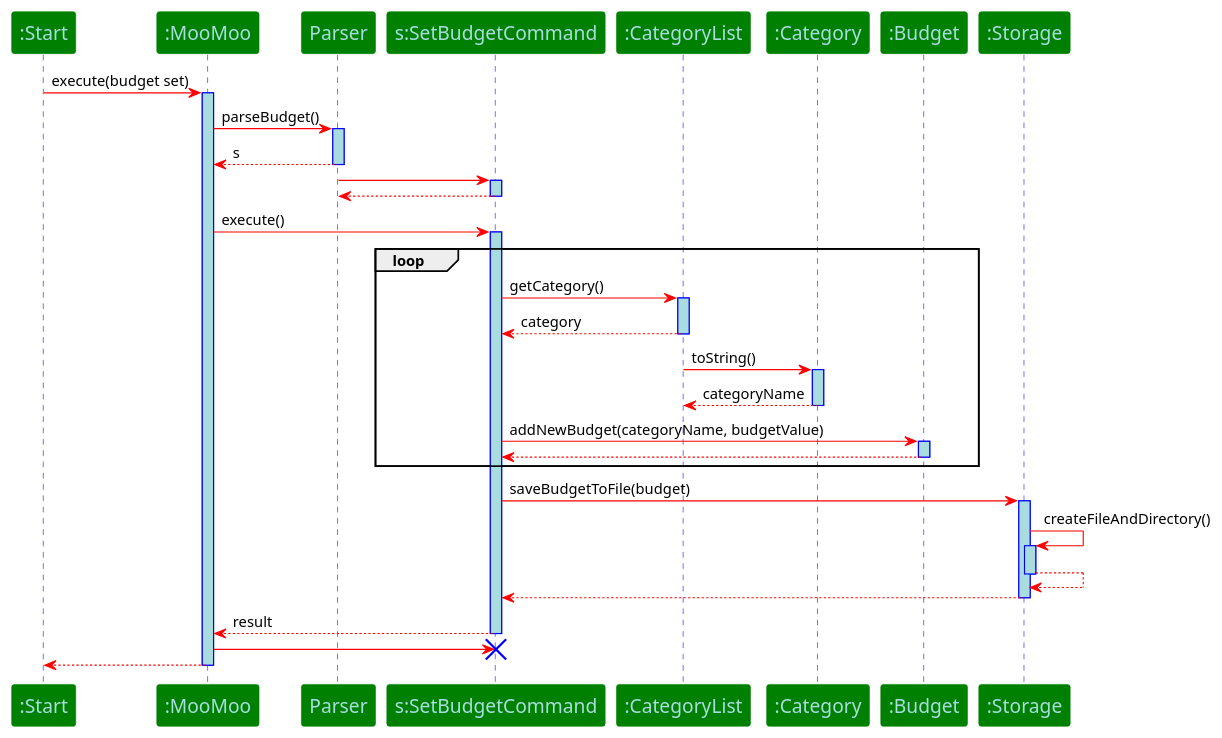
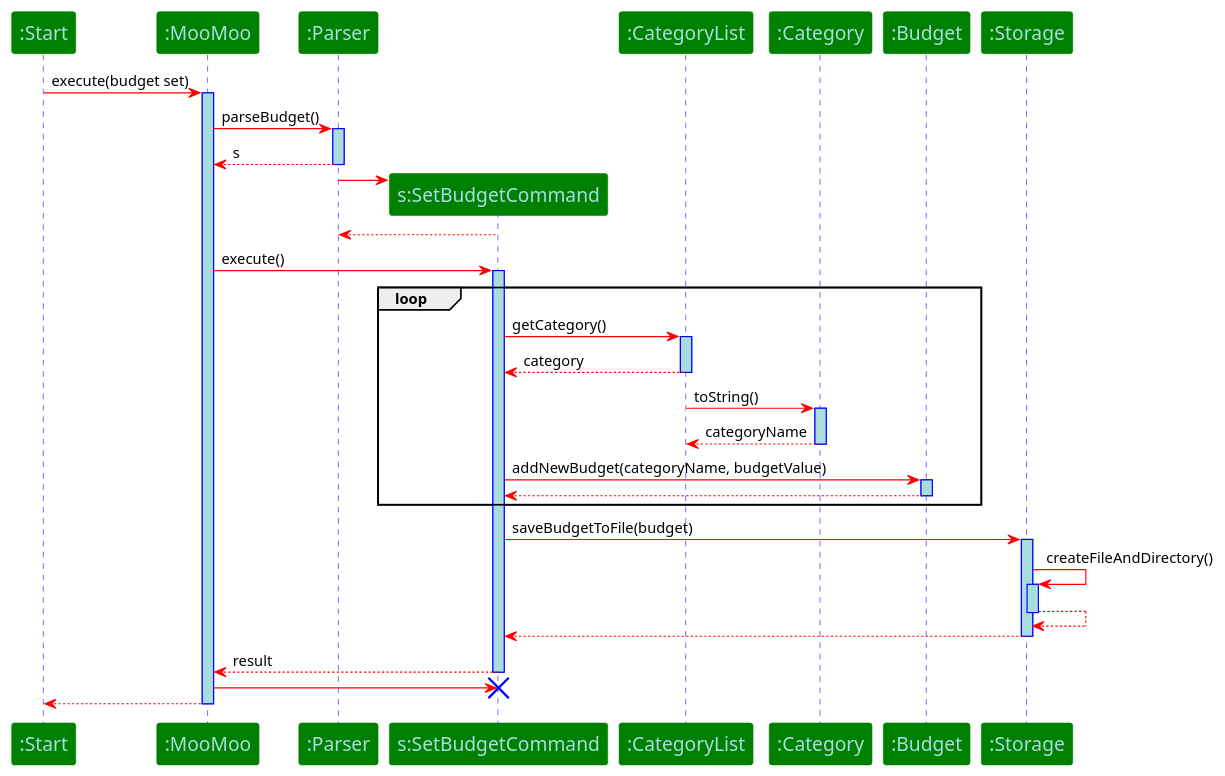
One commit to nusCS2113-AY1920S1/PersonalAssistant-Duke changed the diagram in docs/images/UML/BudgetSequenceDiagram.puml. Above: the diagram before and after it, drawn with PlantUML. The commit also changed 4 other files, not shown here.

```diff
--- a/docs/images/UML/BudgetSequenceDiagram.puml
+++ b/docs/images/UML/BudgetSequenceDiagram.puml
@@ -1,39 +1,39 @@
 @startuml
 autoactivate on
 skinparam sequence {
 	ArrowColor Red
 	LifeLineBorderColor blue
 	LifeLineBackgroundColor #A9DCDF
 	
 	ParticipantBorderColor Green
 	ParticipantBackgroundColor Green
 	ParticipantFontName Impact
 	ParticipantFontSize 17
 	ParticipantFontColor #A9DCDF
 
 }
 ":Start" -> ":MooMoo" : execute(budget set) 
-":MooMoo" -> Parser : parseBudget()
-Parser --> ":MooMoo" : s
-Parser -> "s:SetBudgetCommand"
-"s:SetBudgetCommand" --> Parser
+":MooMoo" -> ":Parser" : parseBudget()
+":Parser" --> ":MooMoo" : s
+":Parser" -> "s:SetBudgetCommand" **
+"s:SetBudgetCommand" --> ":Parser"
 ":MooMoo" -> "s:SetBudgetCommand" : execute()
 
 loop
 "s:SetBudgetCommand" -> ":CategoryList" : getCategory()
 ":CategoryList" --> "s:SetBudgetCommand": category
 ":CategoryList" -> ":Category" : toString()
 ":Category" --> ":CategoryList" : categoryName
 "s:SetBudgetCommand" -> ":Budget" : addNewBudget(categoryName, budgetValue)
 ":Budget" --> "s:SetBudgetCommand"
 end
 
 "s:SetBudgetCommand" -> ":Storage" : saveBudgetToFile(budget)
 ":Storage" -> ":Storage" : createFileAndDirectory()
 ":Storage" --> ":Storage"
 ":Storage" --> "s:SetBudgetCommand"
 "s:SetBudgetCommand" --> ":MooMoo" : result
 ":MooMoo"-> "s:SetBudgetCommand" !!
 ":MooMoo" --> ":Start"
 
 @enduml
```
